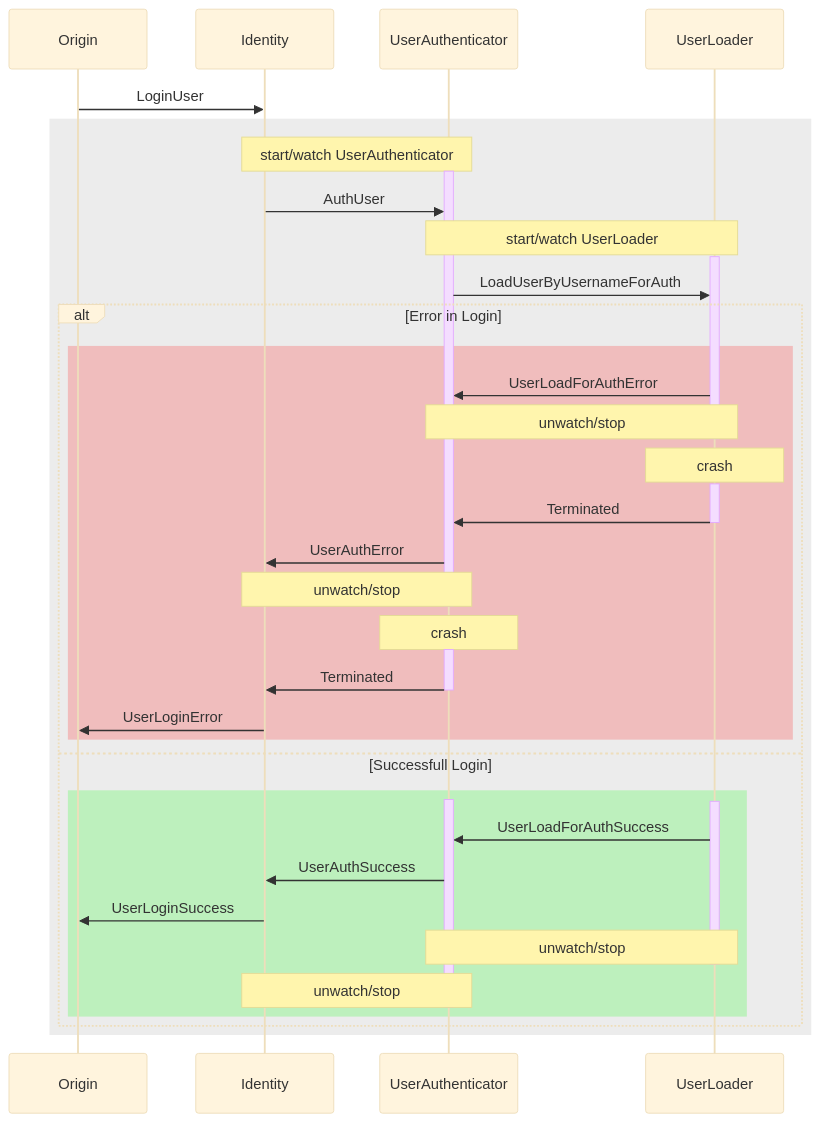
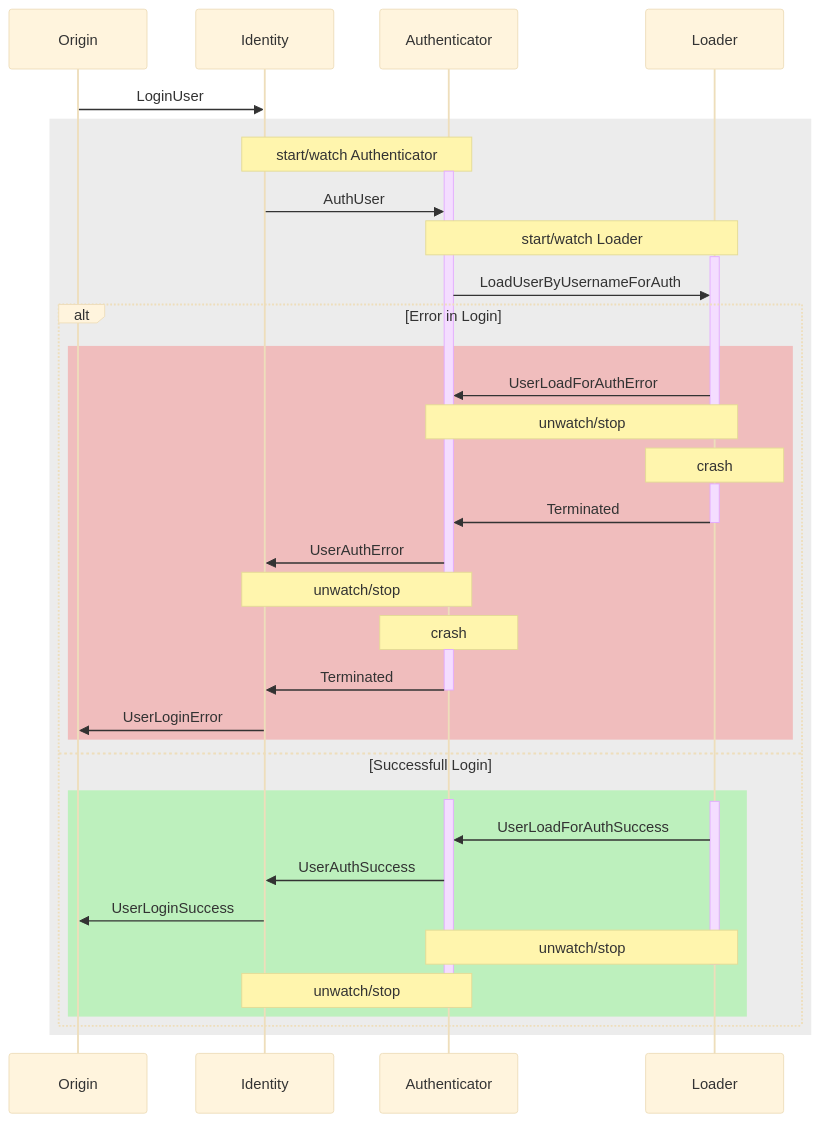
The diagram in src/Actor.GameHub.Identity.Abstractions/identity-model.mmd (flensrocker/Actor.GameHub), drawn with Mermaid (base theme) before and after one commit. The commit also changed 9 other files, not shown here.

```diff
--- a/src/Actor.GameHub.Identity.Abstractions/identity-model.mmd
+++ b/src/Actor.GameHub.Identity.Abstractions/identity-model.mmd
@@ -1,46 +1,46 @@
 sequenceDiagram
   participant o as Origin
   participant id as Identity
-  participant au as UserAuthenticator
-  participant lo as UserLoader
+  participant au as Authenticator
+  participant lo as Loader
 
   o->>id:LoginUser
   rect rgba(160, 160, 160, .2)
-    Note over id,au:start/watch UserAuthenticator
+    Note over id,au:start/watch Authenticator
     activate au
     id->>au:AuthUser
-    Note over au,lo:start/watch UserLoader
+    Note over au,lo:start/watch Loader
     activate lo
     au->>lo:LoadUserByUsernameForAuth
     alt Error in Login
       rect rgba(255, 0, 0, .2)
         lo->>au:UserLoadForAuthError
         Note over au,lo:unwatch/stop
         deactivate lo
         Note over lo:crash
         activate lo
         lo->>au:Terminated
         deactivate lo
         au->>id:UserAuthError
         Note over id,au:unwatch/stop
         deactivate au
         Note over au:crash
         activate au
         au->>id:Terminated
         deactivate au
         id->>o:UserLoginError
       end
     else Successfull Login
       rect rgba(0, 255, 0, .2)
         activate au
         activate lo
         lo->>au:UserLoadForAuthSuccess
         au->>id:UserAuthSuccess
         id->>o:UserLoginSuccess
         Note over au,lo:unwatch/stop
         deactivate lo
         Note over id,au:unwatch/stop
         deactivate au
       end
     end
   end
```
